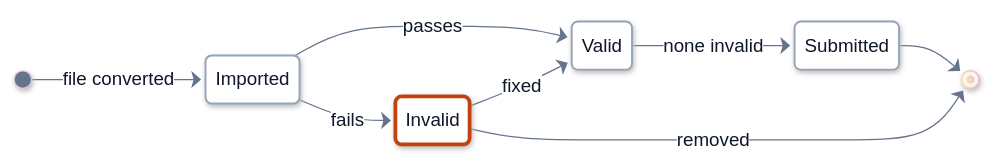
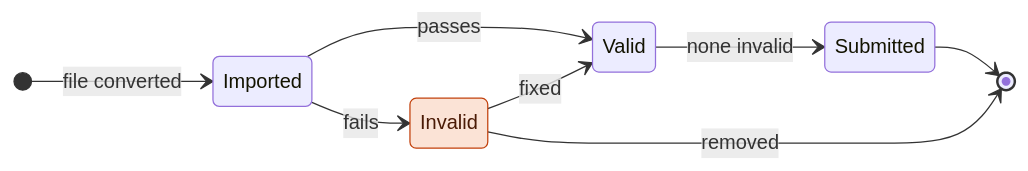
Before and after one commit to hyperi-io/dfe-ui: the diagram in docs/create-schema-form.md, drawn with Mermaid. The commit also changed 3 other files, not shown here.

First line of the commit message:
docs(diagrams): drop stale frontmatter from 4 non-flowchart diagrams

````diff
--- a/docs/create-schema-form.md
+++ b/docs/create-schema-form.md
@@ -23,52 +23,15 @@
 ```mermaid
----
-config:
-  theme: base
-  look: neo
-  fontFamily: Inter, -apple-system, Segoe UI, Roboto, Helvetica, Arial, sans-serif
-  themeVariables:
-    fontSize: 15px
-    lineColor: "#64748B"
-    primaryTextColor: "#0F172A"
-    edgeLabelBackground: "#FFFFFF"
-    actorBkg: "#FFFFFF"
-    actorBorder: "#94A3B8"
-    actorTextColor: "#0F172A"
-    actorLineColor: "#94A3B8"
-    signalColor: "#64748B"
-    signalTextColor: "#0F172A"
-    sequenceNumberColor: "#FFFFFF"
-    noteBkgColor: "#FFFFFF"
-    noteBorderColor: "#94A3B8"
-    noteTextColor: "#0F172A"
-    labelBoxBkgColor: "#FFFFFF"
-    labelBoxBorderColor: "#94A3B8"
-    labelTextColor: "#0F172A"
-    loopTextColor: "#0F172A"
-  themeCSS: >-
-    p{margin:0}
-    .labelBkg{background:transparent!important}
-    span.edgeLabel{display:inline-block;background:#FFFFFF!important;color:#1E293B;border:1px solid #94A3B8;border-radius:999px;padding:2px 10px;font-size:12px;font-weight:500}
-    span.edgeLabel p{background:transparent!important}
-    .messageText{fill:#0F172A;stroke:#FFFFFF;stroke-width:4px;paint-order:stroke;stroke-linejoin:round}
-    .loopText,.loopText tspan{fill:#0F172A;stroke:#FFFFFF;stroke-width:4px;paint-order:stroke;stroke-linejoin:round}
-    .loopLine{stroke:#64748B}
-    .actor{rx:10px;ry:10px;filter:drop-shadow(0 1px 2px rgba(15,23,42,.10)) drop-shadow(0 6px 14px rgba(15,23,42,.10))}
-    .actor-line{stroke-dasharray:4 4}
----
 stateDiagram-v2
   direction LR
   accTitle: L4 Detail -- Uploaded row lifecycle
   accDescr: A converted row is parsed on import. A row that parses is valid and one that fails is invalid. An invalid row is fixed or removed, and submit runs when no row is invalid, parsing every row again.
   [*] --> Imported: file converted
   Imported --> Valid: passes
   Imported --> Invalid: fails
   Invalid --> Valid: fixed
   Invalid --> [*]: removed
   Valid --> Submitted: none invalid
   Submitted --> [*]
-  classDef error fill:#FFFFFF,stroke:#C2410C,stroke-width:3px,color:#0F172A
-  classDef part fill:#FFFFFF,stroke:#94A3B8,stroke-width:1.5px,color:#0F172A
-  class Imported,Valid,Submitted part
+  classDef error fill:#FBE3D6,stroke:#C2410C,stroke-width:1px,color:#4A1A05
   class Invalid error
 ```
````
